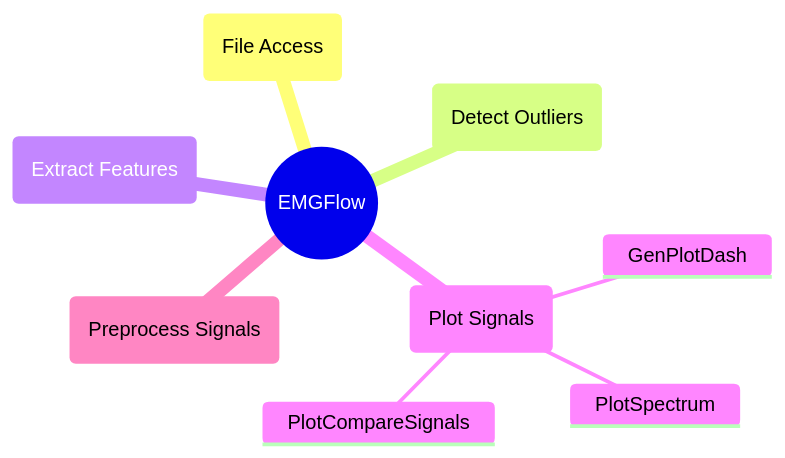
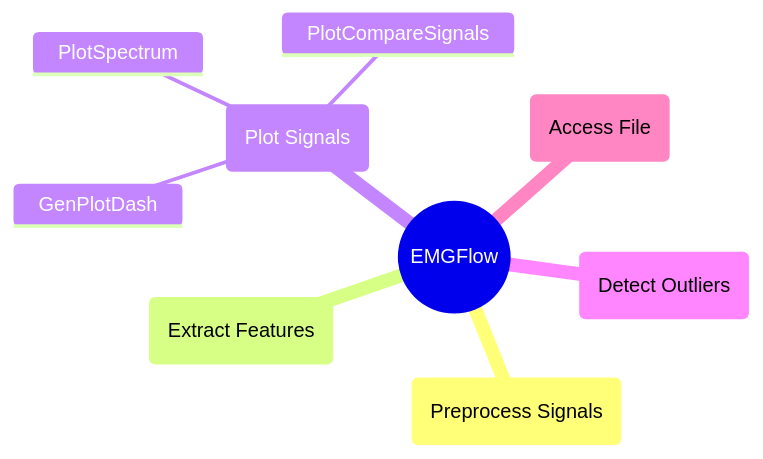
Before and after one commit to WiIIson/EMGFlow-Python-Package: the diagram in docs/reference/plot-signals.md, drawn with Mermaid. The commit also changed 5 other files, not shown here.

First line of the commit message:
Reordered mindmaps

````diff
--- a/docs/reference/plot-signals.md
+++ b/docs/reference/plot-signals.md
@@ -7,12 +7,12 @@
 ```mermaid
 mindmap
     root((EMGFlow))
-        AF(File Access)
-        DO(Detect Outliers)
+        PrS(Preprocess Signals)
         EF(Extract Features)
         PlS(Plot Signals)
             GenPlotDash
             PlotSpectrum
             PlotCompareSignals
-        PrS(Preprocess Signals)
+        DO(Detect Outliers)
+        AF(Access File)
 ```
````
